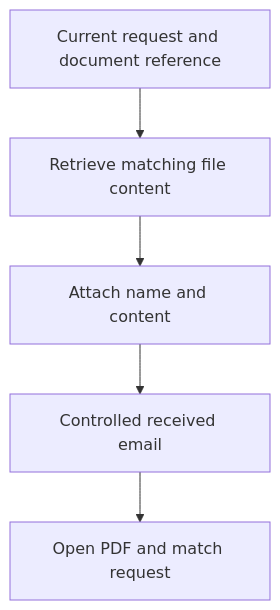
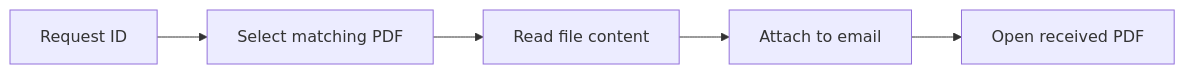
One commit to teerasej/axa-power-automate-operations-2026 changed the diagram in docs/day-2/exercises/02-document-handoff.md. Above: the diagram before and after it, drawn with Mermaid. The commit also changed other lines of this file and 34 other files, not shown here.

Commit message:
Publish beginner Day 2 instructions and combined Flow download

````diff
--- a/docs/day-2/exercises/02-document-handoff.md
+++ b/docs/day-2/exercises/02-document-handoff.md
@@ -25,7 +33,7 @@
 ```mermaid
-flowchart TD
-  A[Current request and document reference] --> B[Retrieve matching file content]
-  B --> C[Attach name and content]
-  C --> D[Controlled received email]
-  D --> E[Open PDF and match request]
+flowchart LR
+  A[Request ID] --> B[Select matching PDF]
+  B --> C[Read file content]
+  C --> D[Attach to email]
+  D --> E[Open received PDF]
 ```
````
